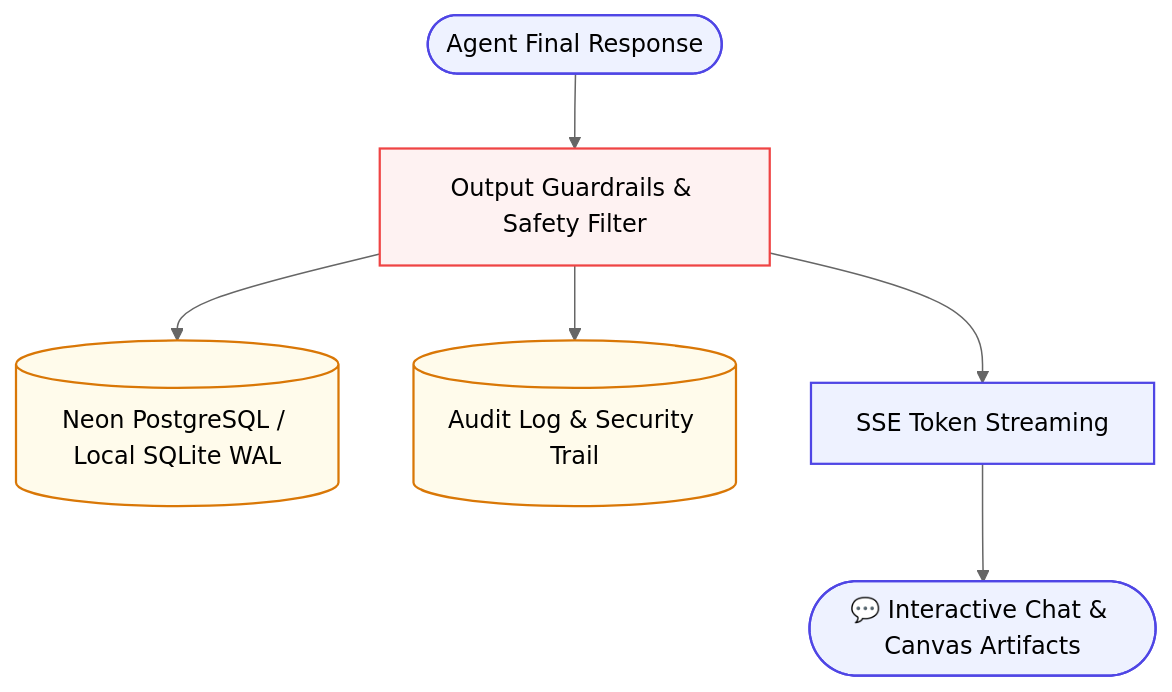
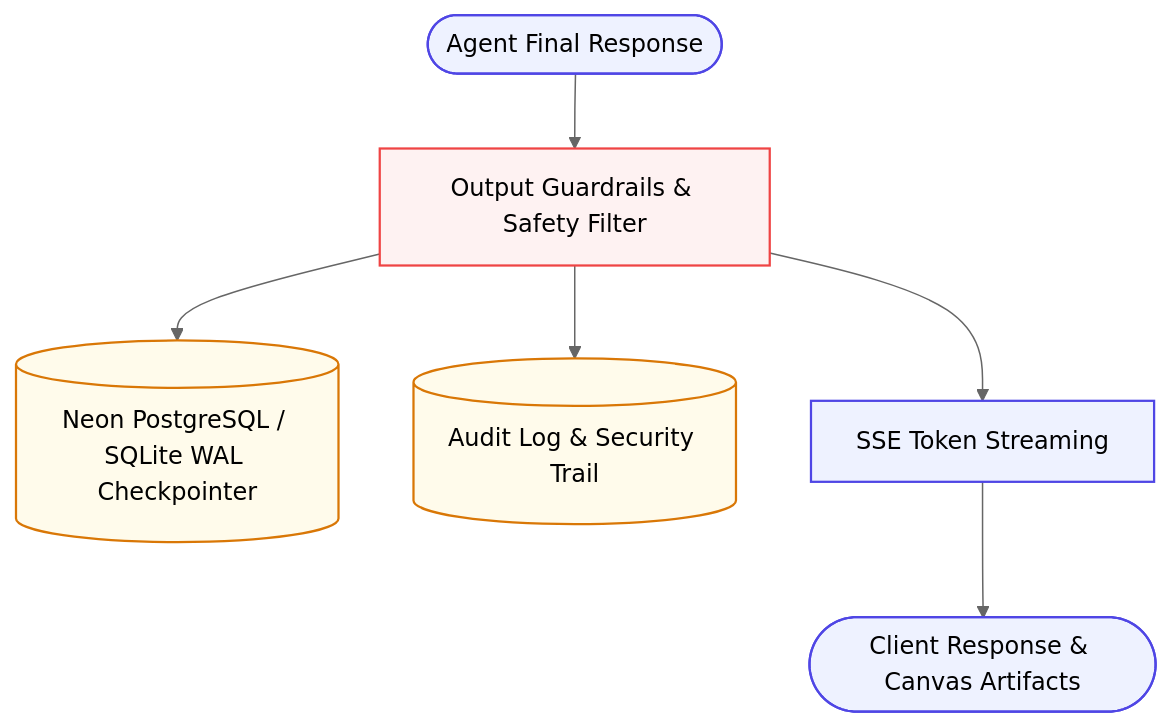
The sixth of 6 diagrams in readme.md (Goutam16-Withcode/Atlas), drawn with Mermaid (neutral theme) before and after one commit. The commit also changed other lines of this file and 1 other file, not shown here.

Commit message:
feat: add frontend web interface and update architecture documentation in readme

````diff
--- a/readme.md
+++ b/readme.md
@@ -134,12 +134,12 @@
 ```mermaid
 flowchart TD
     classDef storageStyle fill:#FFFBEB,stroke:#D97706,stroke-width:1.5px;
     classDef guardStyle fill:#FEF2F2,stroke:#EF4444,stroke-width:1.5px;
     classDef clientStyle fill:#EEF2FF,stroke:#4F46E5,stroke-width:1.5px;
 
-    AgentOutput([Agent Final Response]):::clientStyle --> OutputFilter[Output Guardrails & Safety Filter]:::guardStyle
-    OutputFilter --> Checkpointer[(Neon PostgreSQL / Local SQLite WAL)]:::storageStyle
-    OutputFilter --> Audit[(Audit Log & Security Trail)]:::storageStyle
-    OutputFilter --> SSEStream[SSE Token Streaming]:::clientStyle
-    SSEStream --> ClientApp([💬 Interactive Chat & Canvas Artifacts]):::clientStyle
+    AgentOutput(["Agent Final Response"]):::clientStyle --> OutputFilter["Output Guardrails & Safety Filter"]:::guardStyle
+    OutputFilter --> Checkpointer[("Neon PostgreSQL / SQLite WAL Checkpointer")]:::storageStyle
+    OutputFilter --> Audit[("Audit Log & Security Trail")]:::storageStyle
+    OutputFilter --> SSEStream["SSE Token Streaming"]:::clientStyle
+    SSEStream --> ClientApp(["Client Response & Canvas Artifacts"]):::clientStyle
 ```
````
